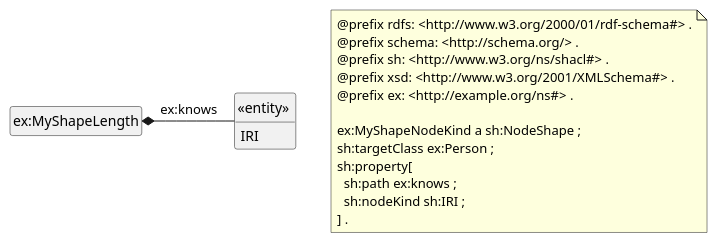
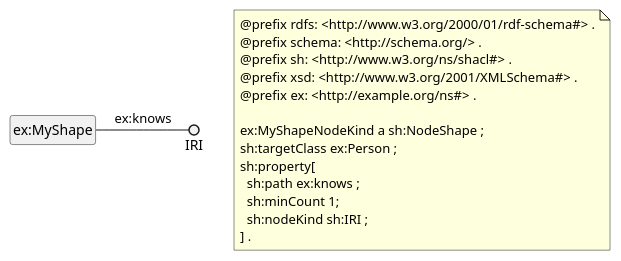
Before and after one commit to sparna-git/shacl-play: the diagram in shacl-diagram/src/specs/05-nodeKind/expected.iuml, drawn with PlantUML. The commit also changed 92 other files, not shown here.

```diff
--- a/shacl-diagram/src/specs/05-nodeKind/expected.iuml
+++ b/shacl-diagram/src/specs/05-nodeKind/expected.iuml
@@ -1,25 +1,24 @@
 @startuml
-class "ex:MyShapeLength"
-class "<<entity>> "
-"<<entity>> " : IRI
+class "ex:MyShape"
 
-"ex:MyShapeLength" *- "<<entity>> " : ex:knows
+"ex:MyShape" -() IRI : ex:knows
 
 note as N1
 @prefix rdfs: <http://www.w3.org/2000/01/rdf-schema#> .
 @prefix schema: <http://schema.org/> .
 @prefix sh: <http://www.w3.org/ns/shacl#> .
 @prefix xsd: <http://www.w3.org/2001/XMLSchema#> .
 @prefix ex: <http://example.org/ns#> .
 
 ex:MyShapeNodeKind a sh:NodeShape ;
 sh:targetClass ex:Person ;
 sh:property[
   sh:path ex:knows ;
+  sh:minCount 1;
   sh:nodeKind sh:IRI ;
 ] .
 end note
 
 hide circle
 hide empty members
 @enduml
```
